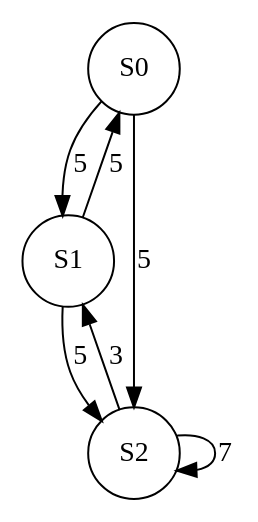
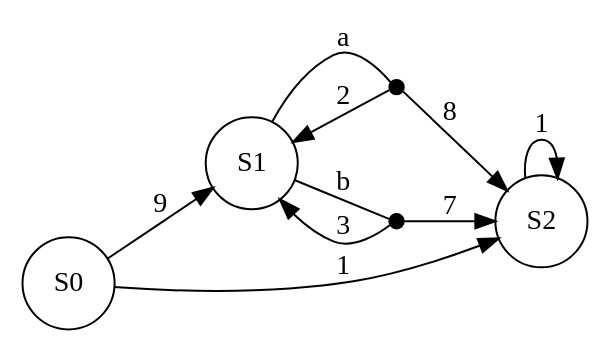
One commit to Leo2999/mpar-projet changed the diagram in Markov.gv. Above: the diagram before and after it, drawn with Graphviz. The commit also changed 5 other files, not shown here.

Commit message:
visualization of schema and simul of mdp

```diff
--- a/Markov.gv
+++ b/Markov.gv
@@ -1,13 +1,18 @@
 digraph Markov {
-	rankdir=M size="8,5"
+	rankdir=LR size="8,5"
 	node [shape=circle]
 	S0
 	S1
 	S2
-	S0 -> S1 [label=5]
-	S0 -> S2 [label=5]
-	S1 -> S0 [label=5]
-	S1 -> S2 [label=5]
-	S2 -> S2 [label=7]
-	S2 -> S1 [label=3]
+	S0 -> S1 [label=9]
+	S0 -> S2 [label=1]
+	S2 -> S2 [label=1]
+	S1_a_intermediate [color=black shape=point width=0.1]
+	S1 -> S1_a_intermediate [label=a arrowhead=none]
+	S1_a_intermediate -> S1 [label=2]
+	S1_a_intermediate -> S2 [label=8]
+	S1_b_intermediate [color=black shape=point width=0.1]
+	S1 -> S1_b_intermediate [label=b arrowhead=none]
+	S1_b_intermediate -> S2 [label=7]
+	S1_b_intermediate -> S1 [label=3]
 }
```
